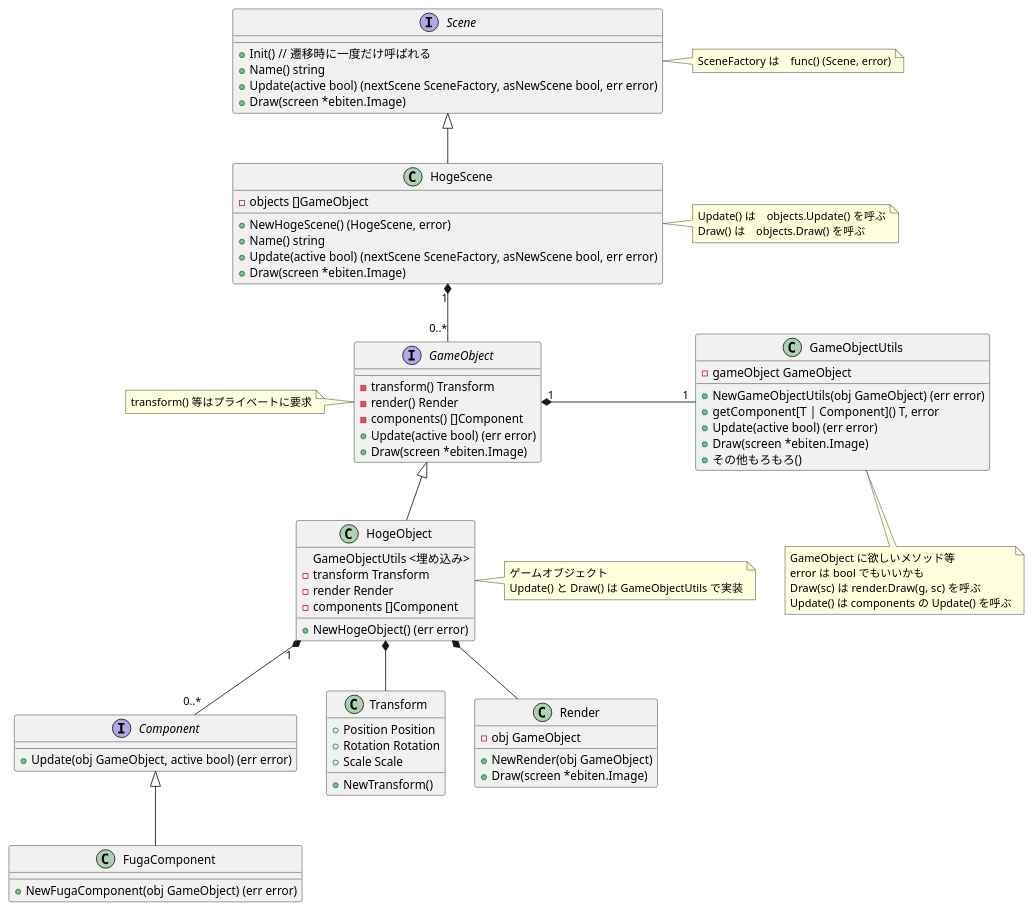
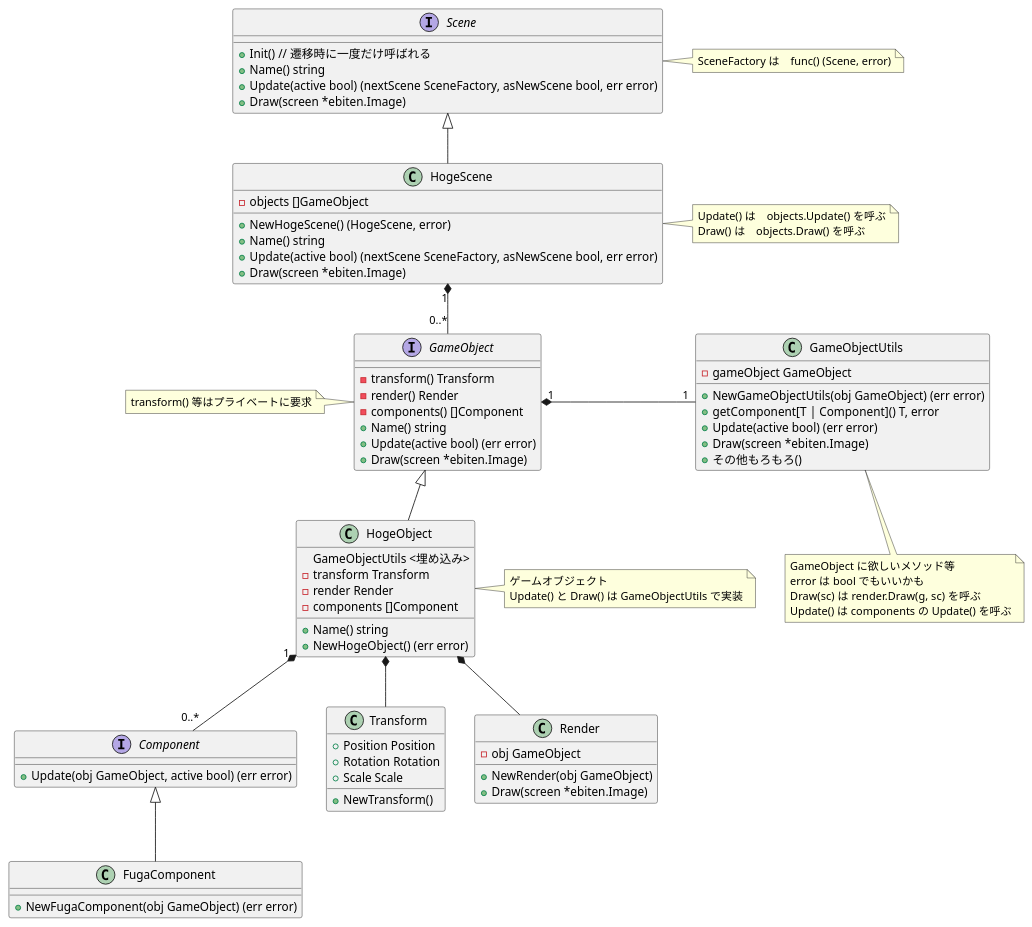
The diagram in Docs/Scene_class_diagram.puml (kmc-jp/Gamedev_Tempura-of-p--Phenylazo-phenol), drawn with PlantUML before and after one commit.

Commit message:
GameObject.Name() を追加

```diff
--- a/Docs/Scene_class_diagram.puml
+++ b/Docs/Scene_class_diagram.puml
@@ -1,84 +1,86 @@
 @startuml Scene_class_diagram
 
 interface Scene {
     + Init() // 遷移時に一度だけ呼ばれる
     + Name() string
     + Update(active bool) (nextScene SceneFactory, asNewScene bool, err error)
     + Draw(screen *ebiten.Image)
 }
 note right of Scene : SceneFactory は　func() (Scene, error)
 
 class HogeScene {
     - objects []GameObject
     + NewHogeScene() (HogeScene, error)
     + Name() string
     + Update(active bool) (nextScene SceneFactory, asNewScene bool, err error)
     + Draw(screen *ebiten.Image)
 }
 note right of HogeScene : Update() は　objects.Update() を呼ぶ\nDraw() は　objects.Draw() を呼ぶ
 
 HogeScene -up-|> Scene
 
 HogeScene "1" *-- "0..*" GameObject
 
 interface GameObject {
     - transform() Transform
     - render() Render
     - components() []Component
+    + Name() string
     + Update(active bool) (err error)
     + Draw(screen *ebiten.Image)
 }
 note left of GameObject : transform() 等はプライベートに要求
 
 class GameObjectUtils {
     - gameObject GameObject
     + NewGameObjectUtils(obj GameObject) (err error)
     + getComponent[T | Component]() T, error
     + Update(active bool) (err error)
     + Draw(screen *ebiten.Image)
     + その他もろもろ()
 }
 note bottom of GameObjectUtils : GameObject に欲しいメソッド等\nerror は bool でもいいかも\nDraw(sc) は render.Draw(g, sc) を呼ぶ\nUpdate() は components の Update() を呼ぶ
 
 GameObject "1" *- "1" GameObjectUtils
 
 
 class HogeObject {
     GameObjectUtils <埋め込み>
     - transform Transform
     - render Render
     - components []Component
+    + Name() string
     + NewHogeObject() (err error)
 }
 note right of HogeObject : ゲームオブジェクト\nUpdate() と Draw() は GameObjectUtils で実装
 
 
 HogeObject -up-|> GameObject
 HogeObject *-- Transform
 HogeObject *-- Render
 
 HogeObject "1" *-- "0..*" Component
 
 class Transform {
     + Position Position
     + Rotation Rotation
     + Scale Scale
     + NewTransform()
 }
 
 class Render {
     - obj GameObject
     + NewRender(obj GameObject)
     + Draw(screen *ebiten.Image)
 }
 
 interface Component {
     + Update(obj GameObject, active bool) (err error)
 }
 
 class FugaComponent {
     + NewFugaComponent(obj GameObject) (err error)
 }
 
 FugaComponent -up-|> Component
 @enduml
```
